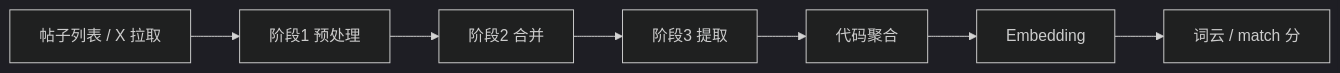
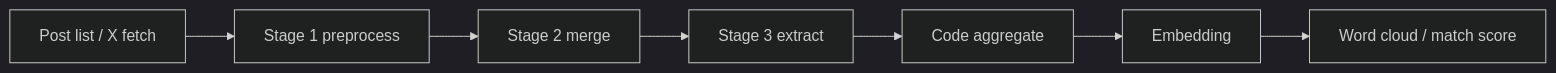
The diagram in docs/interest-inference.md (1nFrastr/roadmate), drawn with Mermaid (dark theme) before and after one commit. The commit also changed other lines of this file and 79 other files, not shown here.

````diff
--- a/docs/interest-inference.md
+++ b/docs/interest-inference.md
@@ -117,9 +117,9 @@
 ```mermaid
 flowchart LR
-  P[帖子列表 / X 拉取] --> S1[阶段1 预处理]
-  S1 --> S2[阶段2 合并]
-  S2 --> S3[阶段3 提取]
-  S3 --> A[代码聚合]
+  P[Post list / X fetch] --> S1[Stage 1 preprocess]
+  S1 --> S2[Stage 2 merge]
+  S2 --> S3[Stage 3 extract]
+  S3 --> A[Code aggregate]
   A --> E[Embedding]
-  E --> U[词云 / match 分]
+  E --> U[Word cloud / match score]
 ```
````
